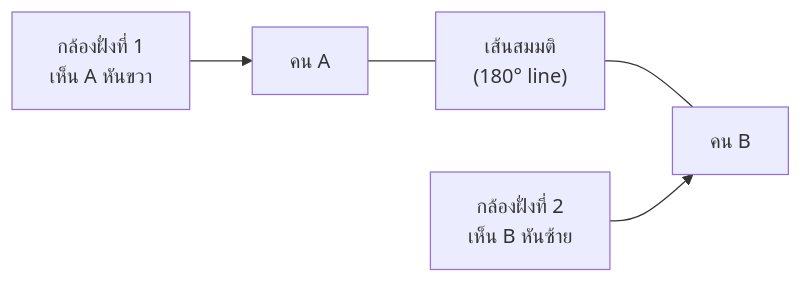
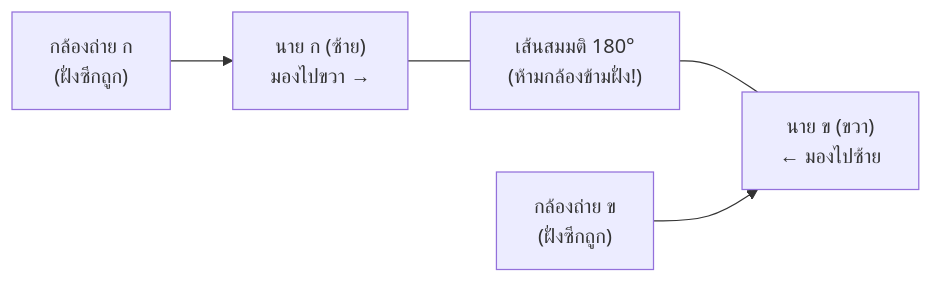
Before and after one commit to PichyyyNews/31905-2016-digital-video-editing-vfx: the second of 2 diagrams in lessons/03-วิดีโอ.md, drawn with Mermaid. The commit also changed other lines of this file, not shown here.

````diff
--- a/lessons/03-วิดีโอ.md
+++ b/lessons/03-วิดีโอ.md
@@ -632,6 +700,6 @@
 ```mermaid
 flowchart LR
-    A["คน A"] --- L["เส้นสมมติ<br/>(180° line)"] --- B["คน B"]
-    C["กล้องฝั่งที่ 1<br/>เห็น A หันขวา"] --> A
-    D["กล้องฝั่งที่ 2<br/>เห็น B หันซ้าย"] --> B
+    A["นาย ก (ซ้าย)<br/>มองไปขวา →"] --- L["เส้นสมมติ 180°<br/>(ห้ามกล้องข้ามฝั่ง!)"] --- B["นาย ข (ขวา)<br/>← มองไปซ้าย"]
+    C["กล้องถ่าย ก<br/>(ฝั่งซีกถูก)"] --> A
+    D["กล้องถ่าย ข<br/>(ฝั่งซีกถูก)"] --> B
 ```
````
